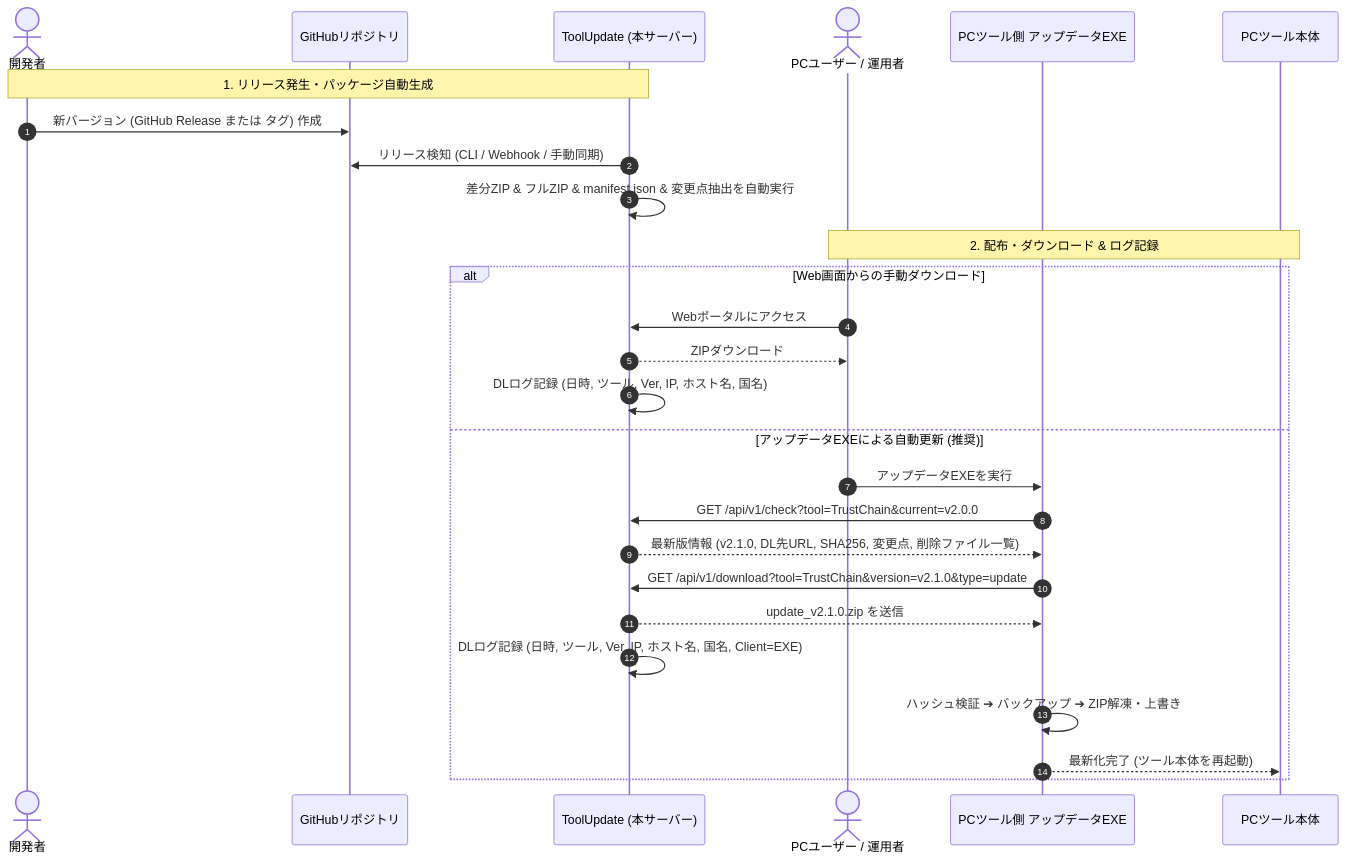
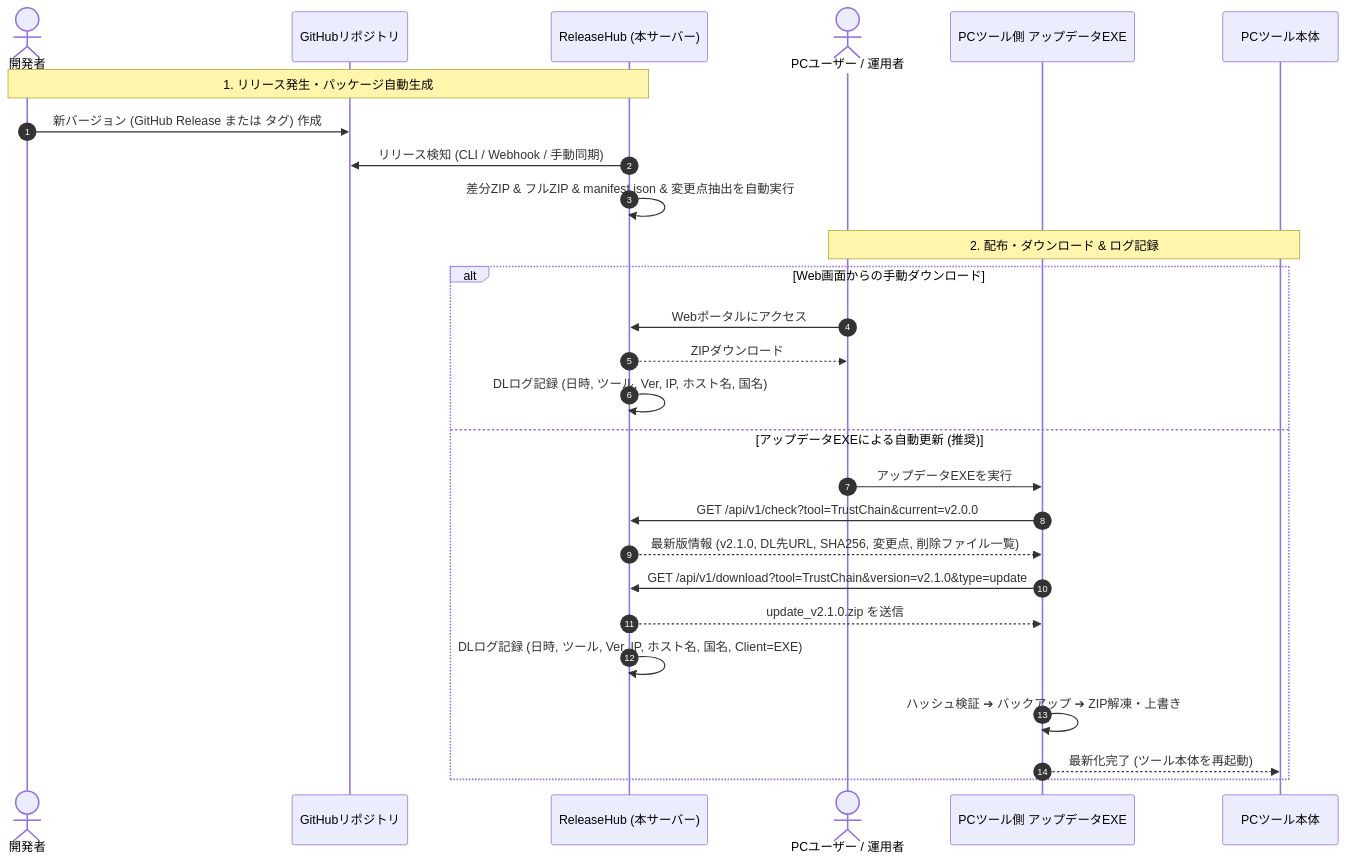
One commit to BLUE000/ToolUpdate changed the second of 2 diagrams in doc/requirements.md. Above: the diagram before and after it, drawn with Mermaid. The commit also changed other lines of this file and 15 other files, not shown here.

````diff
--- a/doc/requirements.md
+++ b/doc/requirements.md
@@ -66,31 +76,31 @@
 ```mermaid
 sequenceDiagram
     autonumber
     actor Dev as 開発者
     participant Git as GitHubリポジトリ
-    participant Server as ToolUpdate (本サーバー)
+    participant Server as ReleaseHub (本サーバー)
     actor User as PCユーザー / 運用者
     participant Updater as PCツール側 アップデータEXE
     participant App as PCツール本体
 
     Note over Dev,Server: 1. リリース発生・パッケージ自動生成
     Dev->>Git: 新バージョン (GitHub Release または タグ) 作成
     Server->>Git: リリース検知 (CLI / Webhook / 手動同期)
     Server->>Server: 差分ZIP & フルZIP & manifest.json & 変更点抽出を自動実行
 
     Note over User,App: 2. 配布・ダウンロード & ログ記録
     alt Web画面からの手動ダウンロード
         User->>Server: Webポータルにアクセス
         Server-->>User: ZIPダウンロード
         Server->>Server: DLログ記録 (日時, ツール, Ver, IP, ホスト名, 国名)
     else アップデータEXEによる自動更新 (推奨)
         User->>Updater: アップデータEXEを実行
         Updater->>Server: GET /api/v1/check?tool=TrustChain&current=v2.0.0
         Server-->>Updater: 最新版情報 (v2.1.0, DL先URL, SHA256, 変更点, 削除ファイル一覧)
         Updater->>Server: GET /api/v1/download?tool=TrustChain&version=v2.1.0&type=update
         Server-->>Updater: update_v2.1.0.zip を送信
         Server->>Server: DLログ記録 (日時, ツール, Ver, IP, ホスト名, 国名, Client=EXE)
         Updater->>Updater: ハッシュ検証 ➔ バックアップ ➔ ZIP解凍・上書き
         Updater-->>App: 最新化完了 (ツール本体を再起動)
     end
 ```
````
